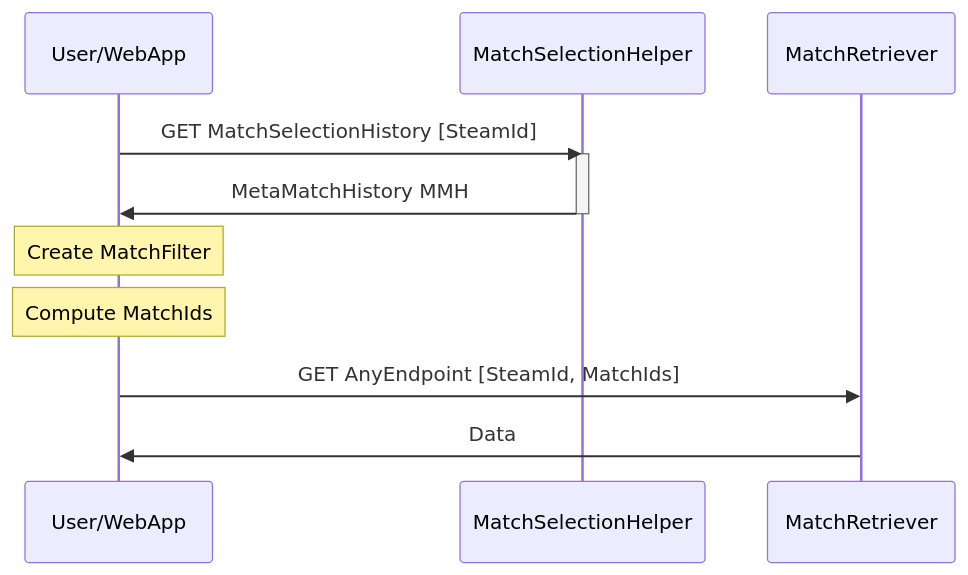
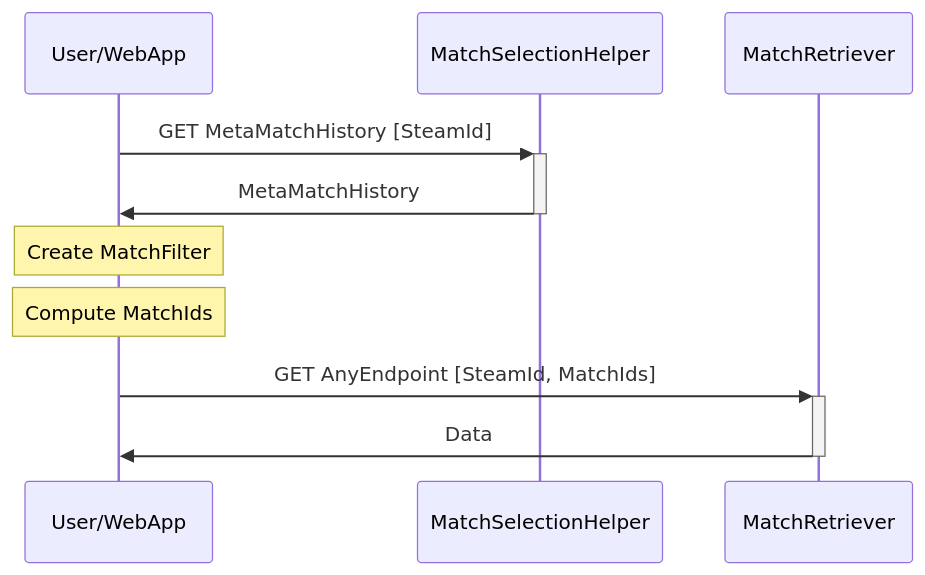
Before and after one commit to KieronKretschmar/MentorGG_ArchitectureDocumentation: the first of 2 diagrams in MatchSelection.md, drawn with Mermaid. The commit also changed other lines of this file, not shown here.

Commit message:
Add Information Flow for Teams

````diff
--- a/MatchSelection.md
+++ b/MatchSelection.md
@@ -11,15 +13,13 @@
 ```mermaid
 sequenceDiagram
     participant WA as User/WebApp
     participant MSH as MatchSelectionHelper
     participant MR as MatchRetriever
 
-    WA->>MSH: GET MatchSelectionHistory [SteamId]
-    activate MSH
-    MSH->>WA: MetaMatchHistory MMH
-    deactivate MSH
+    WA->>+MSH: GET MetaMatchHistory [SteamId]
+    MSH->>-WA: MetaMatchHistory
     Note over WA: Create MatchFilter
     Note over WA: Compute MatchIds
-    WA->>MR: GET AnyEndpoint [SteamId, MatchIds]
-    MR->>WA: Data
+    WA->>+MR: GET AnyEndpoint [SteamId, MatchIds]
+    MR->>-WA: Data
 ```
````
